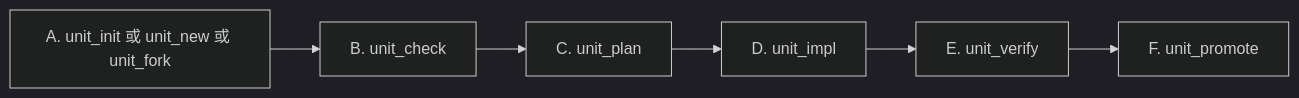
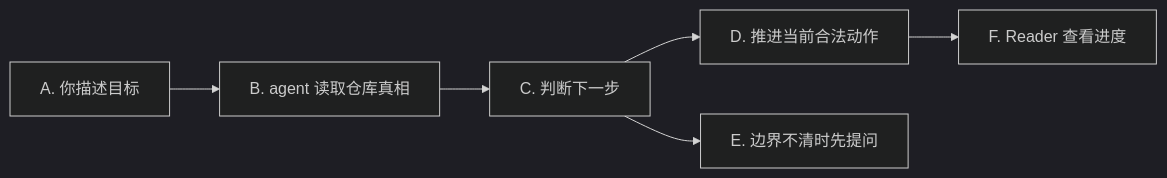
The third of 4 diagrams in README.zh-CN.md (mfblog/specflow), drawn with Mermaid (dark theme) before and after one commit. The commit also changed other lines of this file and 1 other file, not shown here.

````diff
--- a/README.zh-CN.md
+++ b/README.zh-CN.md
@@ -425,8 +208,8 @@
 ```mermaid
 flowchart LR
-    A["A. unit_init 或 unit_new 或 unit_fork"] --> B["B. unit_check"]
-    B --> C["C. unit_plan"]
-    C --> D["D. unit_impl"]
-    D --> E["E. unit_verify"]
-    E --> F["F. unit_promote"]
+    A["A. 你描述目标"] --> B["B. agent 读取仓库真相"]
+    B --> C["C. 判断下一步"]
+    C --> D["D. 推进当前合法动作"]
+    C --> E["E. 边界不清时先提问"]
+    D --> F["F. Reader 查看进度"]
 ```
````
